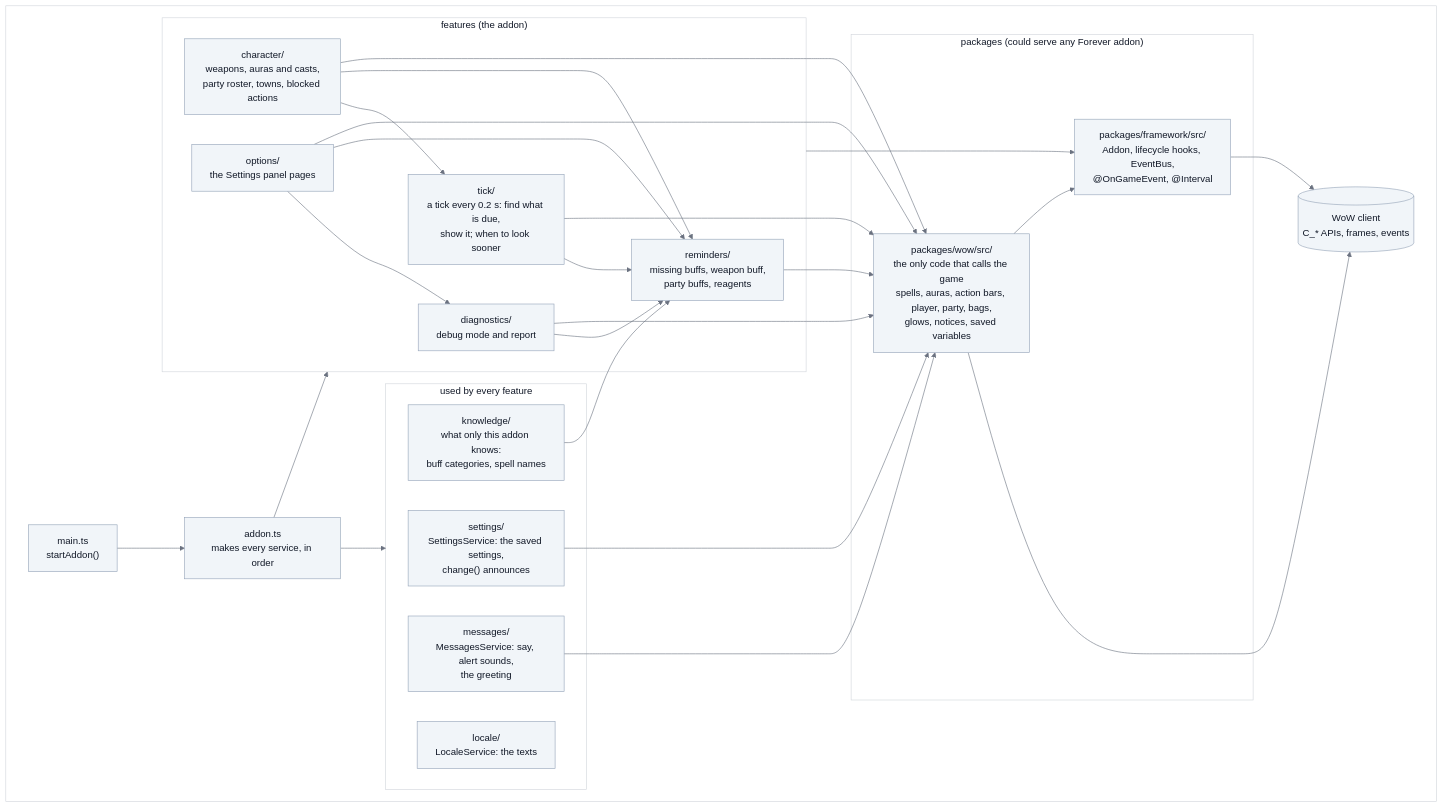
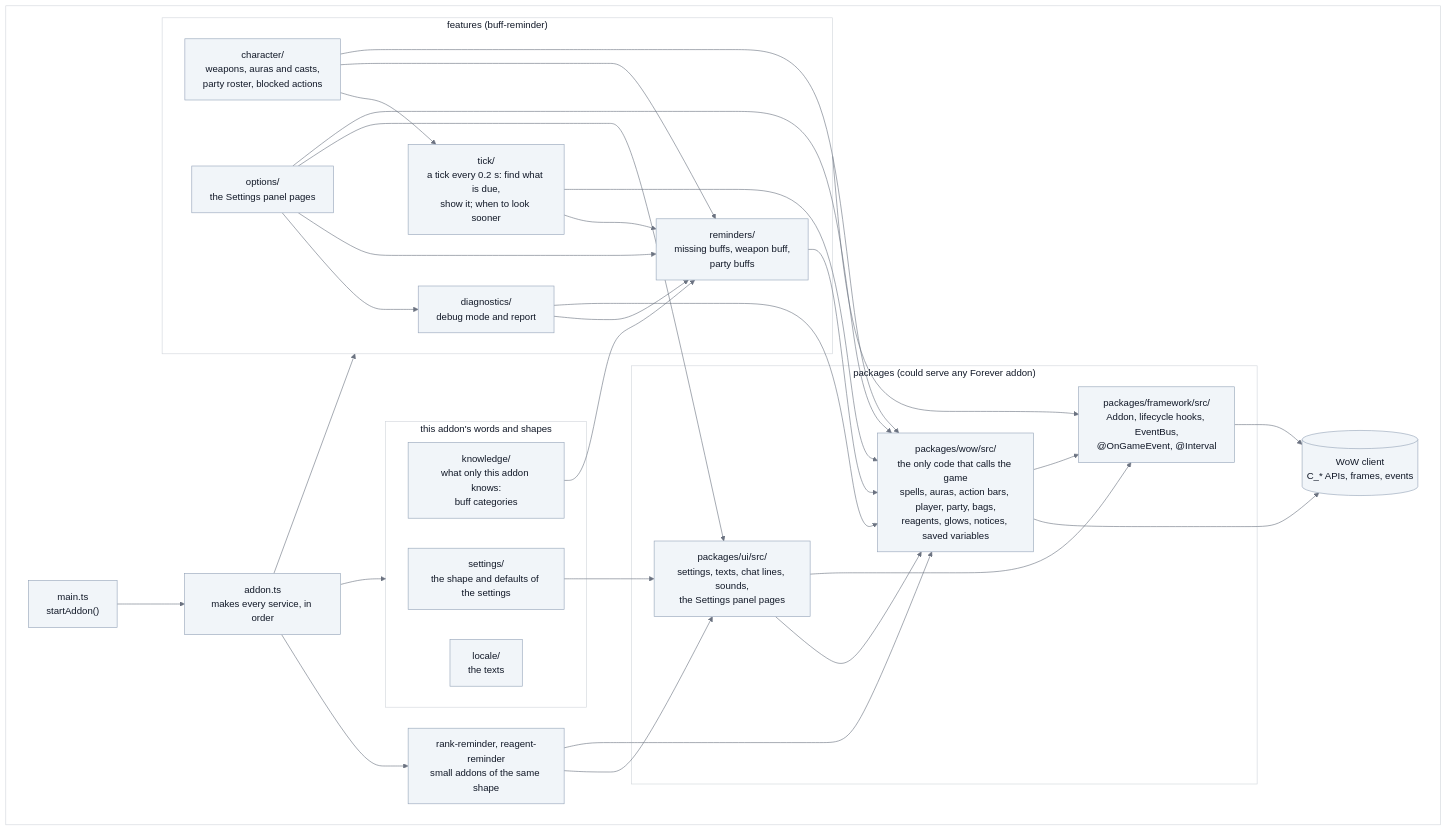
One commit to vattiss/wowkit changed the second of 7 diagrams in docs/architecture.md. Above: the diagram before and after it, drawn with Mermaid. The commit also changed other lines of this file and 236 other files, not shown here.

First line of the commit message:
refactor!: split into three addons on shared packages, and rename to wowkit

````diff
--- a/docs/architecture.md
+++ b/docs/architecture.md
@@ -77,53 +78,60 @@
 ```mermaid
 %%{init: {"theme":"base","themeVariables":{"background":"#ffffff","lineColor":"#6b7280","textColor":"#111827","primaryColor":"#f1f5f9","primaryTextColor":"#111827","primaryBorderColor":"#94a3b8","secondaryColor":"#e2e8f0","tertiaryColor":"#ffffff","mainBkg":"#f1f5f9","nodeBorder":"#94a3b8","nodeTextColor":"#111827","titleColor":"#111827","edgeLabelBackground":"#ffffff","labelBackground":"#ffffff","labelTextColor":"#111827","clusterBkg":"#ffffff","clusterBorder":"#d1d5db","classText":"#111827","actorBkg":"#f1f5f9","actorTextColor":"#111827","actorBorder":"#94a3b8","actorLineColor":"#6b7280","signalColor":"#374151","signalTextColor":"#111827","noteBkgColor":"#fef9c3","noteTextColor":"#111827","noteBorderColor":"#ca8a04"}}}%%
 flowchart TB
     classDef default fill:#f1f5f9,stroke:#94a3b8,color:#111827
     subgraph PANEL[" "]
         main["main.ts<br/>startAddon()"] --> wiring["addon.ts<br/>makes every service, in order"]
 
-        subgraph global["used by every feature"]
-            settings["settings/<br/>SettingsService: the saved settings,<br/>change() announces"]
-            locale["locale/<br/>LocaleService: the texts"]
-            messages["messages/<br/>MessagesService: say, alert sounds,<br/>the greeting"]
-            knowledge["knowledge/<br/>what only this addon knows:<br/>buff categories, spell names"]
+        subgraph words["this addon's words and shapes"]
+            settings["settings/<br/>the shape and defaults of the settings"]
+            locale["locale/<br/>the texts"]
+            knowledge["knowledge/<br/>what only this addon knows:<br/>buff categories"]
         end
 
-        subgraph features["features (the addon)"]
+        subgraph features["features (buff-reminder)"]
             tick["tick/<br/>a tick every 0.2 s: find what is due,<br/>show it; when to look sooner"]
-            character["character/<br/>weapons, auras and casts,<br/>party roster, towns, blocked actions"]
+            character["character/<br/>weapons, auras and casts,<br/>party roster, blocked actions"]
             options["options/<br/>the Settings panel pages"]
             diagnostics["diagnostics/<br/>debug mode and report"]
-            reminders["reminders/<br/>missing buffs, weapon buff,<br/>party buffs, reagents"]
+            reminders["reminders/<br/>missing buffs, weapon buff,<br/>party buffs"]
         end
 
+        others["rank-reminder, reagent-reminder<br/>small addons of the same shape"]
+
         subgraph toolkit["packages (could serve any Forever addon)"]
-            wow["packages/wow/src/<br/>the only code that calls the game<br/>spells, auras, action bars, player, party, bags,<br/>glows, notices, saved variables"]
+            ui["packages/ui/src/<br/>settings, texts, chat lines, sounds,<br/>the Settings panel pages"]
+            wow["packages/wow/src/<br/>the only code that calls the game<br/>spells, auras, action bars, player, party, bags,<br/>reagents, glows, notices, saved variables"]
             framework["packages/framework/src/<br/>Addon, lifecycle hooks, EventBus,<br/>@OnGameEvent, @Interval"]
         end
 
         game[("WoW client<br/>C_* APIs, frames, events")]
 
-        wiring --> global
+        wiring --> words
         wiring --> features
+        wiring --> others
+        others --> ui
+        others --> wow
         tick --> reminders
         tick --> wow
         character --> tick
         character --> reminders
         character --> wow
         options --> diagnostics
         options --> reminders
+        options --> ui
         options --> wow
         diagnostics --> reminders
         diagnostics --> wow
         knowledge --> reminders
         reminders --> wow
-        settings --> wow
-        messages --> wow
+        settings --> ui
+        ui --> wow
         wow --> game
         wow --> framework
+        ui --> framework
         framework --> game
         features --> framework
     end
     classDef panel fill:#ffffff,stroke:#d1d5db,color:#111827
     class PANEL panel
 ```
````
